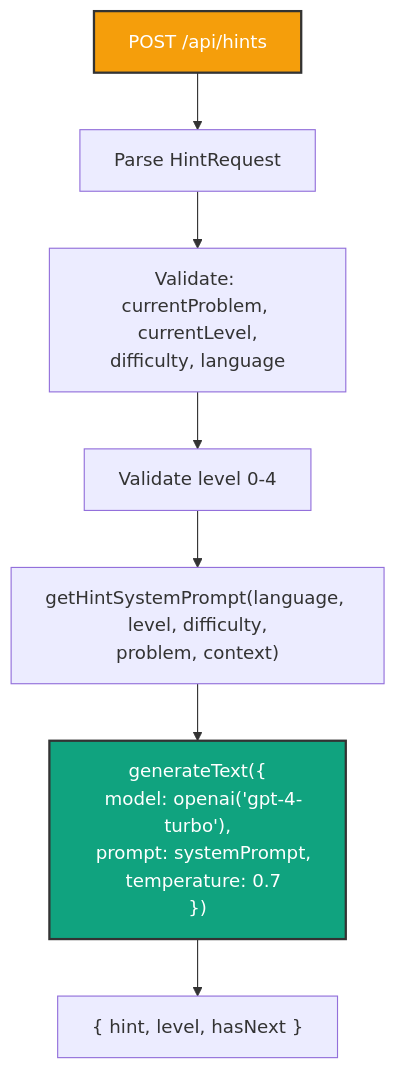
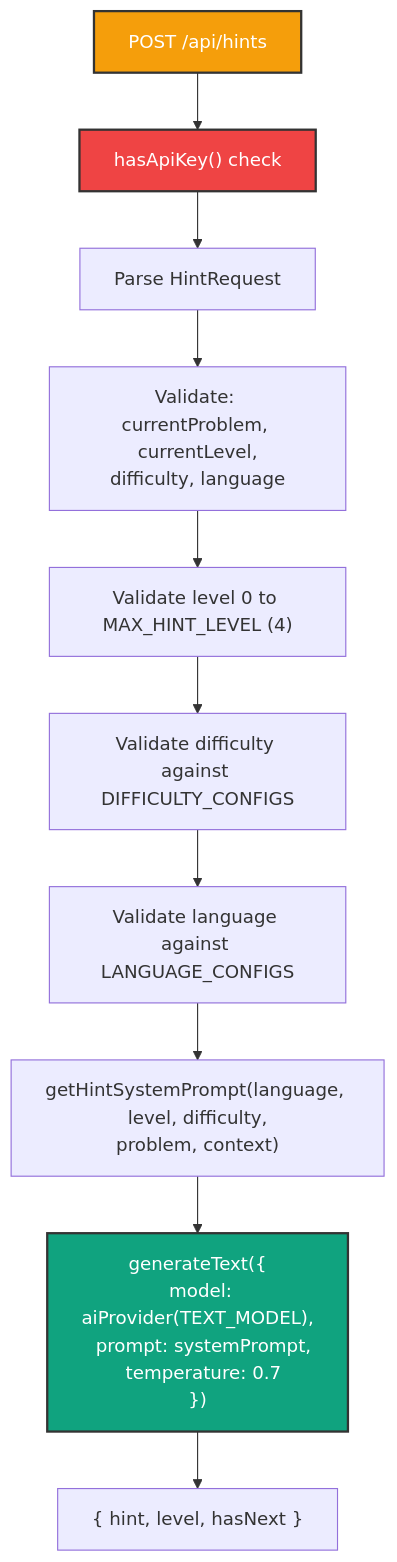
Before and after one commit to Rhoahndur/Gandalf: the tenth of 18 diagrams in architecture.md, drawn with Mermaid. The commit also changed other lines of this file and 1 other file, not shown here.

````diff
--- a/architecture.md
+++ b/architecture.md
@@ -364,12 +450,16 @@
 ```mermaid
 graph TB
-    Request["POST /api/hints"] --> Parse["Parse HintRequest"]
+    Request["POST /api/hints"] --> ValidateKey["hasApiKey() check"]
+    ValidateKey --> Parse["Parse HintRequest"]
     Parse --> ValidateFields["Validate: currentProblem, currentLevel,<br/>difficulty, language"]
-    ValidateFields --> ValidateRange["Validate level 0-4"]
-    ValidateRange --> BuildPrompt["getHintSystemPrompt(language, level, difficulty,<br/>problem, context)"]
-    BuildPrompt --> Generate["generateText({<br/>  model: openai('gpt-4-turbo'),<br/>  prompt: systemPrompt,<br/>  temperature: 0.7<br/>})"]
+    ValidateFields --> ValidateRange["Validate level 0 to MAX_HINT_LEVEL (4)"]
+    ValidateRange --> ValidateDifficulty["Validate difficulty against DIFFICULTY_CONFIGS"]
+    ValidateDifficulty --> ValidateLanguage["Validate language against LANGUAGE_CONFIGS"]
+    ValidateLanguage --> BuildPrompt["getHintSystemPrompt(language, level, difficulty,<br/>problem, context)"]
+    BuildPrompt --> Generate["generateText({<br/>  model: aiProvider(TEXT_MODEL),<br/>  prompt: systemPrompt,<br/>  temperature: 0.7<br/>})"]
     Generate --> BuildResponse["{ hint, level, hasNext }"]
 
     style Request fill:#f59e0b,stroke:#333,stroke-width:2px,color:#fff
     style Generate fill:#10a37f,stroke:#333,stroke-width:2px,color:#fff
+    style ValidateKey fill:#ef4444,stroke:#333,stroke-width:2px,color:#fff
 ```
````
